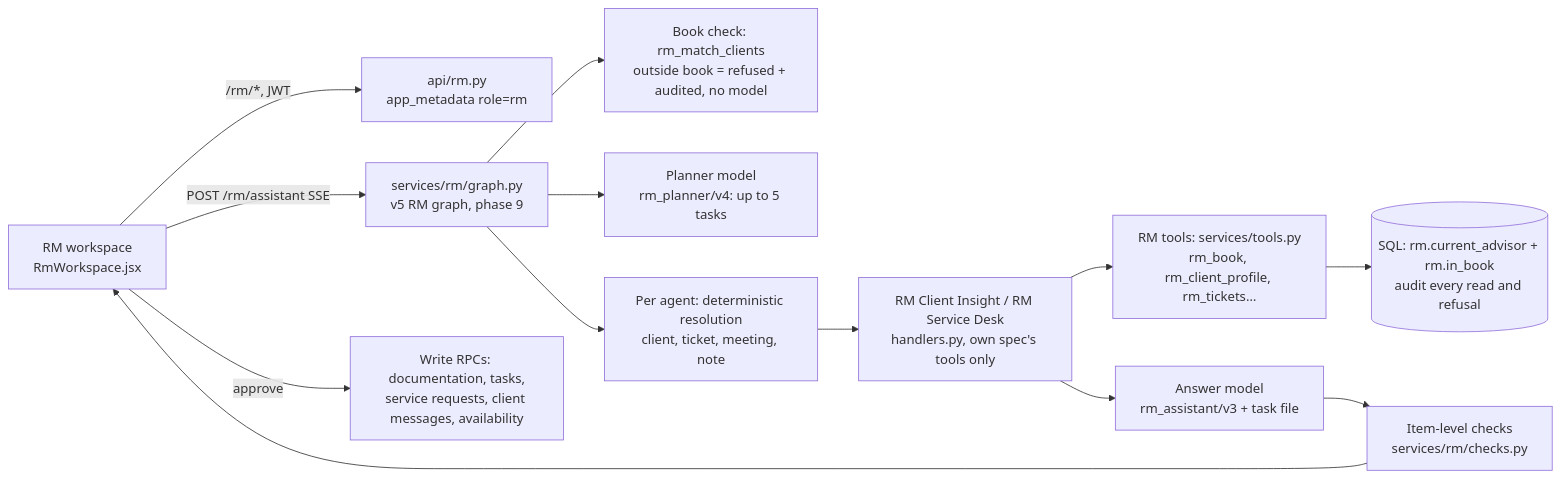
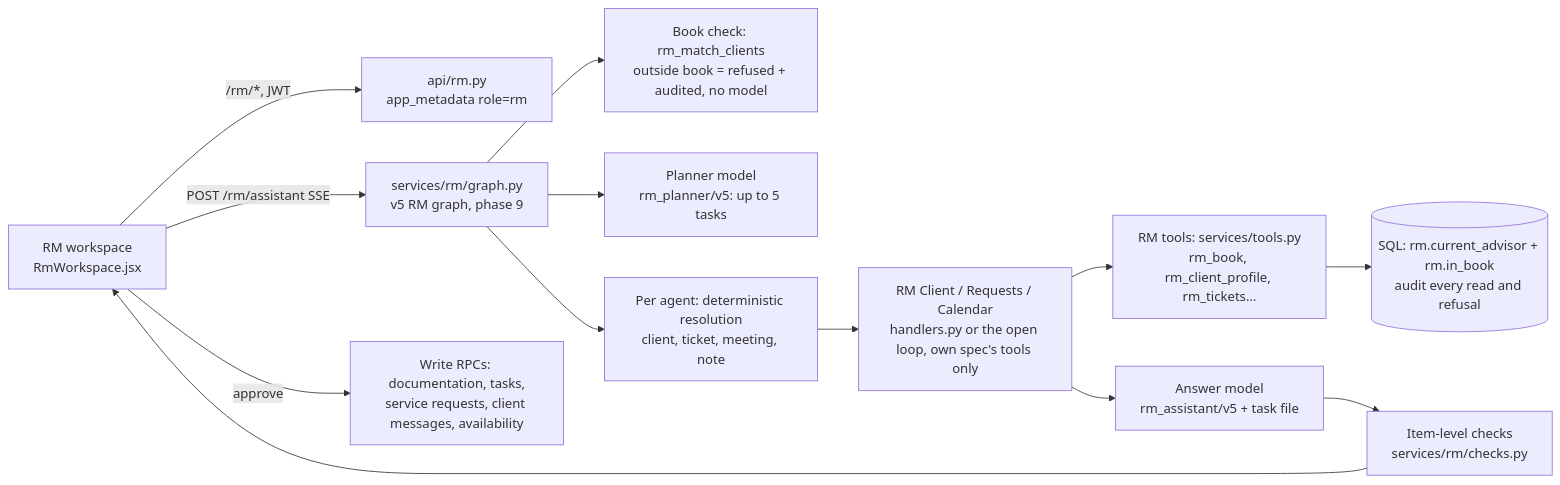
The diagram in docs/workflows/workflow-2-relationship-manager.md (deniseLie/IS4000_Group7), drawn with Mermaid before and after one commit. The commit also changed other lines of this file and 60 other files, not shown here.

````diff
--- a/docs/workflows/workflow-2-relationship-manager.md
+++ b/docs/workflows/workflow-2-relationship-manager.md
@@ -11,15 +11,15 @@
 ```mermaid
 flowchart LR
   UI[RM workspace<br/>RmWorkspace.jsx] -->|/rm/*, JWT| API[api/rm.py<br/>app_metadata role=rm]
   UI -->|POST /rm/assistant SSE| AS[services/rm/graph.py<br/>v5 RM graph, phase 9]
   AS --> BC[Book check: rm_match_clients<br/>outside book = refused + audited, no model]
-  AS --> PL[Planner model<br/>rm_planner/v4: up to 5 tasks]
+  AS --> PL[Planner model<br/>rm_planner/v5: up to 5 tasks]
   AS --> RS[Per agent: deterministic resolution<br/>client, ticket, meeting, note]
-  RS --> AG[RM Client Insight / RM Service Desk<br/>handlers.py, own spec's tools only]
+  RS --> AG[RM Client / Requests / Calendar<br/>handlers.py or the open loop, own spec's tools only]
   AG --> TL[RM tools: services/tools.py<br/>rm_book, rm_client_profile, rm_tickets…]
   TL --> DB[(SQL: rm.current_advisor + rm.in_book<br/>audit every read and refusal)]
-  AG --> LLM[Answer model<br/>rm_assistant/v3 + task file]
+  AG --> LLM[Answer model<br/>rm_assistant/v5 + task file]
   LLM --> CK[Item-level checks<br/>services/rm/checks.py]
   CK --> UI
   UI -->|approve| W[Write RPCs: documentation, tasks,<br/>service requests, client messages, availability]
 ```
````
